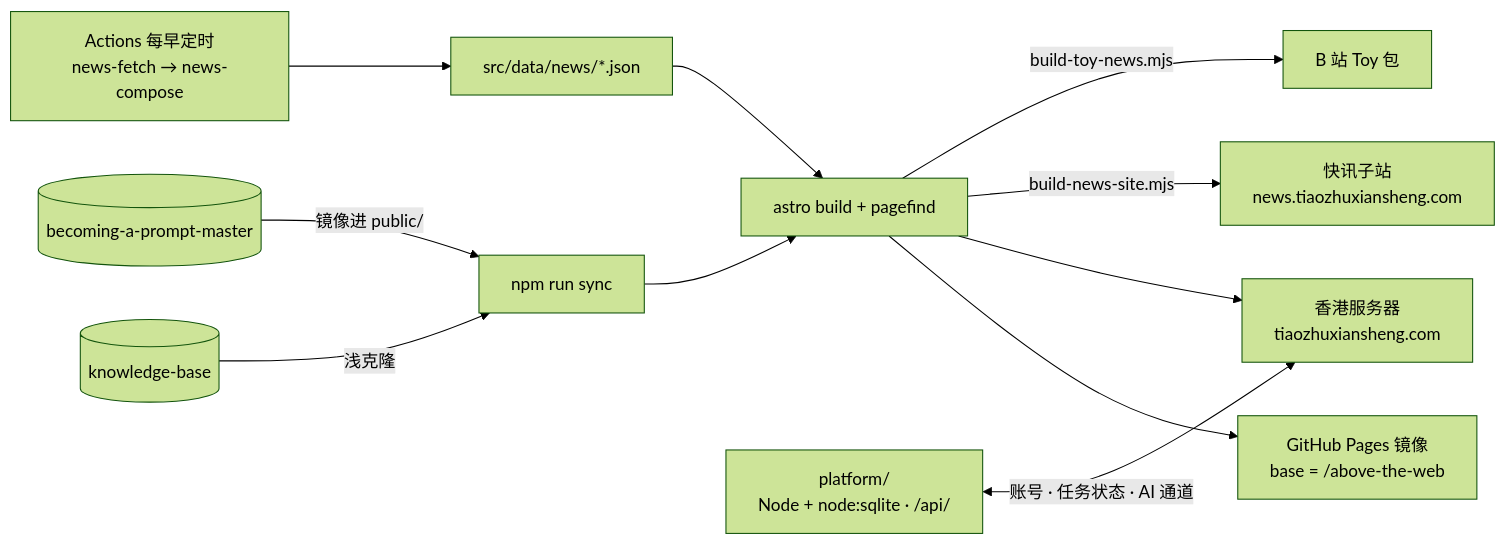
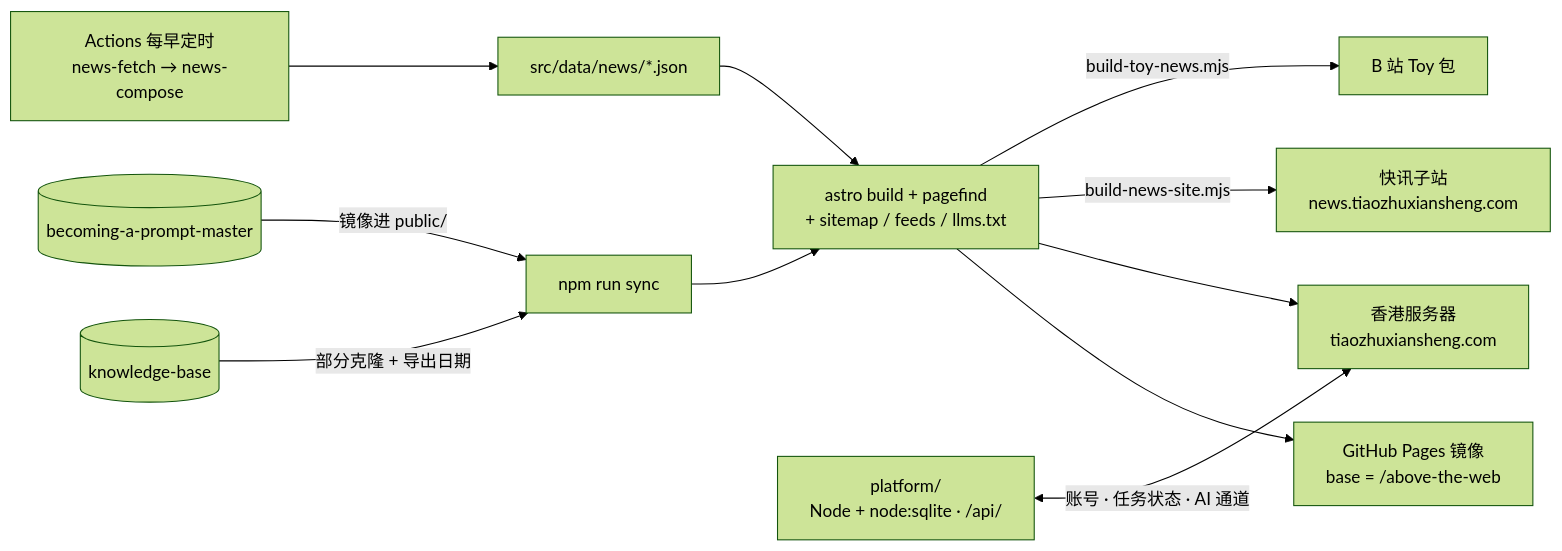
Before and after one commit to Mr-Salticidae/above-the-web: the diagram in README.md, drawn with Mermaid (forest theme). The commit also changed other lines of this file and 40 other files, not shown here.

````diff
--- a/README.md
+++ b/README.md
@@ -51,13 +51,13 @@
 ```mermaid
 flowchart LR
-  KB[("knowledge-base")] -->|浅克隆| SYNC["npm run sync"]
+  KB[("knowledge-base")] -->|部分克隆 + 导出日期| SYNC["npm run sync"]
   PM[("becoming-a-prompt-master")] -->|镜像进 public/| SYNC
   CRON["Actions 每早定时<br/>news-fetch → news-compose"] --> NEWS["src/data/news/*.json"]
-  SYNC --> BUILD["astro build + pagefind"]
+  SYNC --> BUILD["astro build + pagefind<br/>+ sitemap / feeds / llms.txt"]
   NEWS --> BUILD
   BUILD --> PAGES["GitHub Pages 镜像<br/>base = /above-the-web"]
   BUILD --> HK["香港服务器<br/>tiaozhuxiansheng.com"]
   BUILD -->|build-news-site.mjs| SUB["快讯子站<br/>news.tiaozhuxiansheng.com"]
   BUILD -->|build-toy-news.mjs| TOY["B 站 Toy 包"]
   API["platform/<br/>Node + node:sqlite · /api/"] <-->|账号 · 任务状态 · AI 通道| HK
 ```
````
